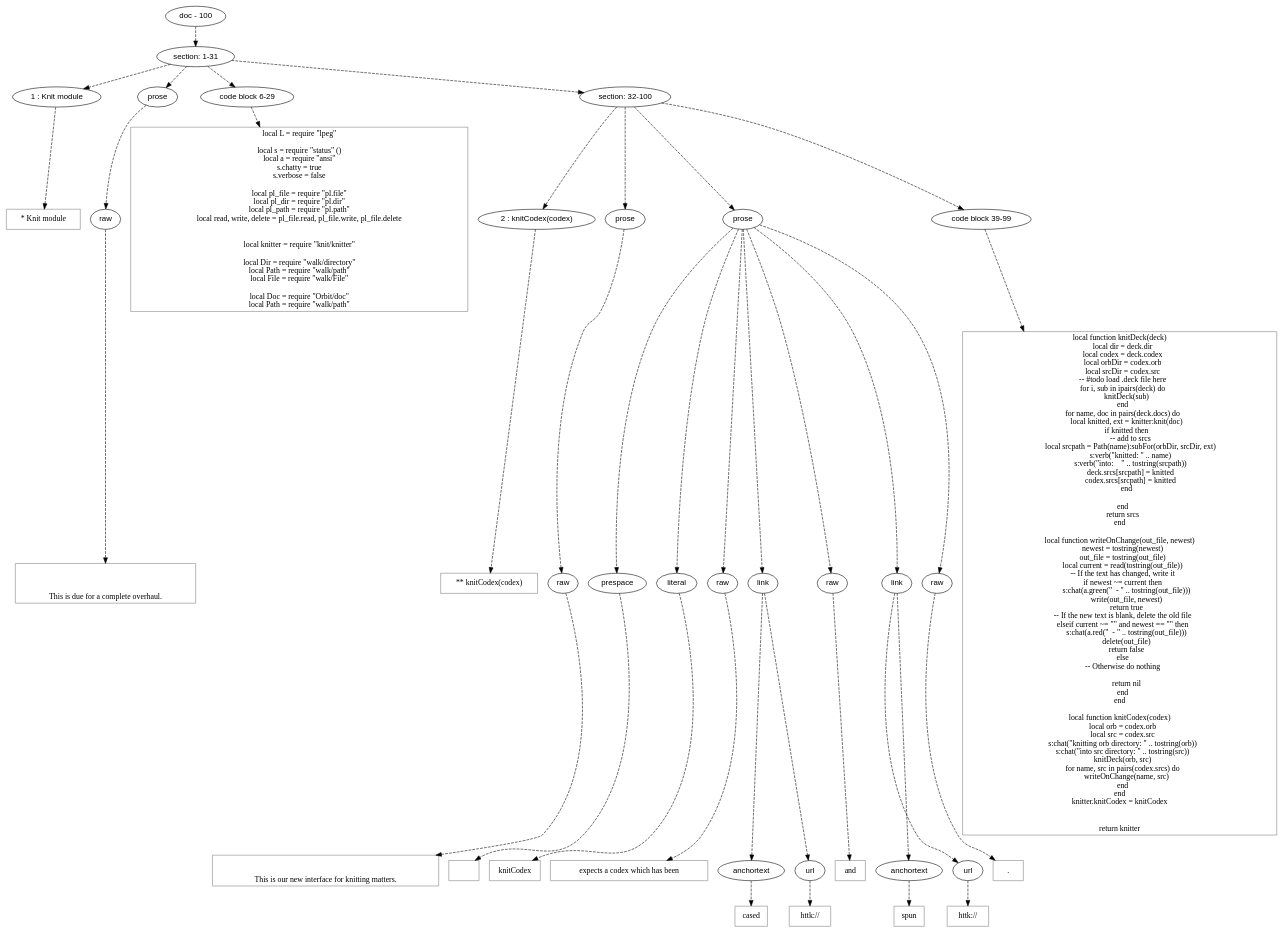
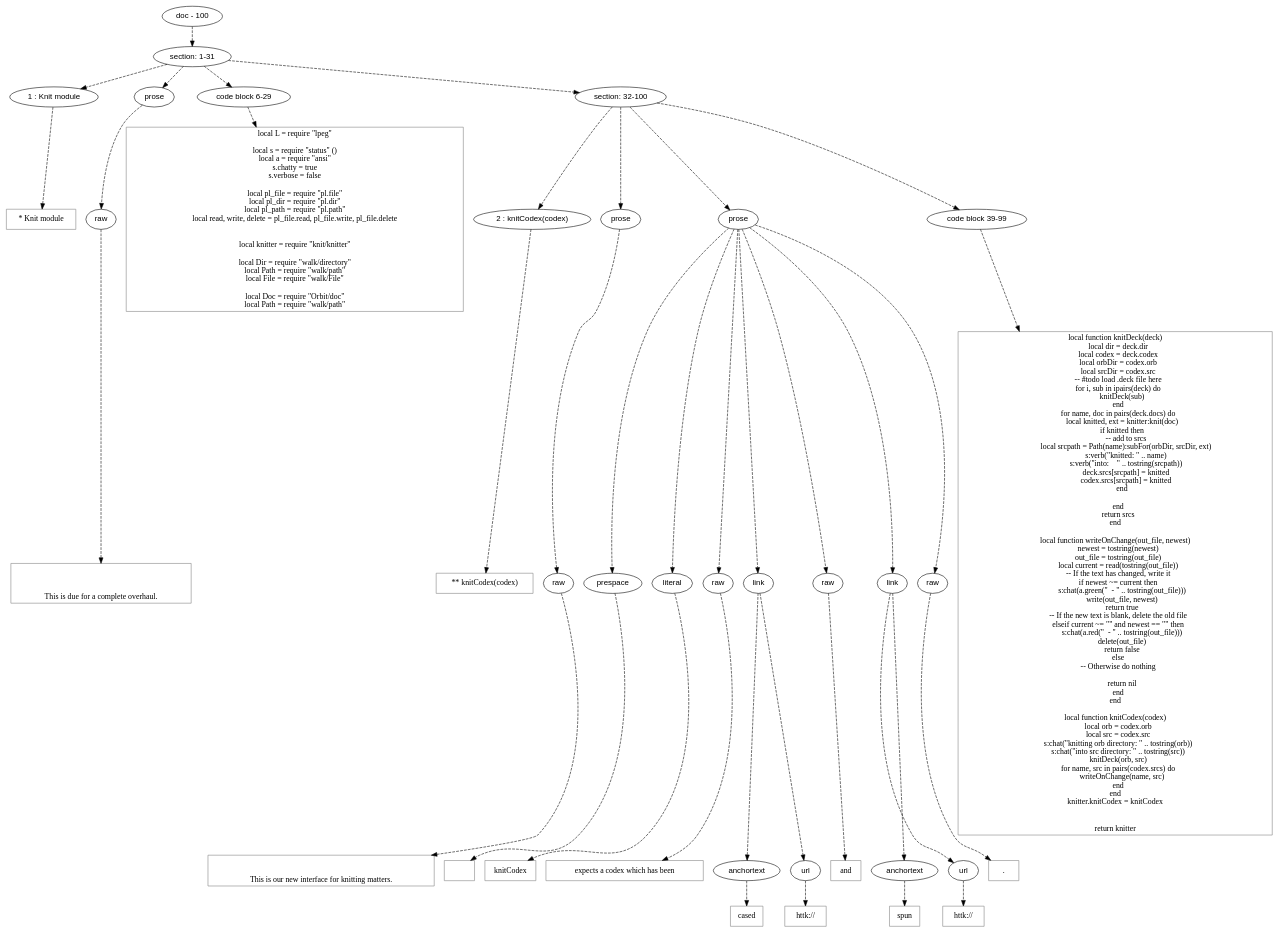
The diagram in doc/dot/knit/knit.dot (mnemnion/orb), drawn with Graphviz before and after one commit. The commit also changed 18 other files, not shown here.

```diff
--- a/doc/dot/knit/knit.dot
+++ b/doc/dot/knit/knit.dot
@@ -29,7 +29,7 @@
 // END RANK section_1
 
 header_2 -> leaf_6
-leaf_6  [color=Gray,shape=rectangle,fontname=Inconsolata,label=" * Knit module"]
+leaf_6  [color=Gray,shape=rectangle,fontname=Inconsolata,label="* Knit module"]
 // END RANK header_2
 
 prose_3 -> { raw_7}
```
